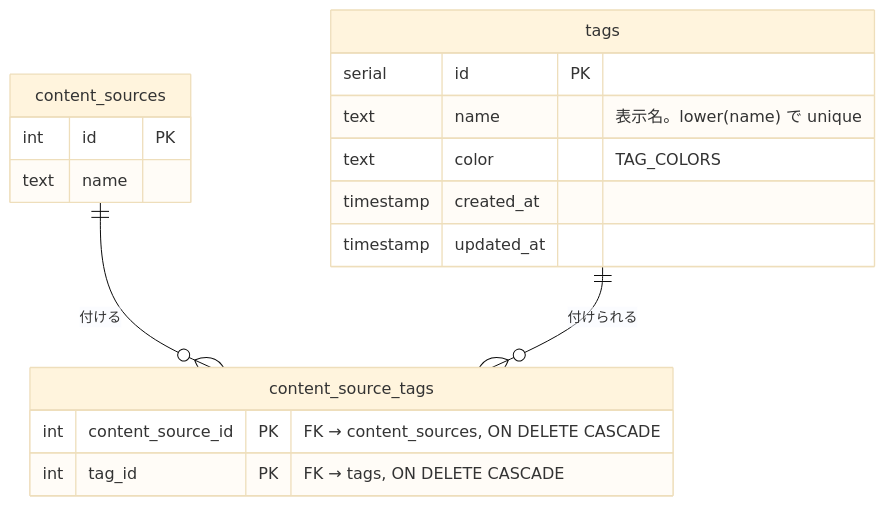
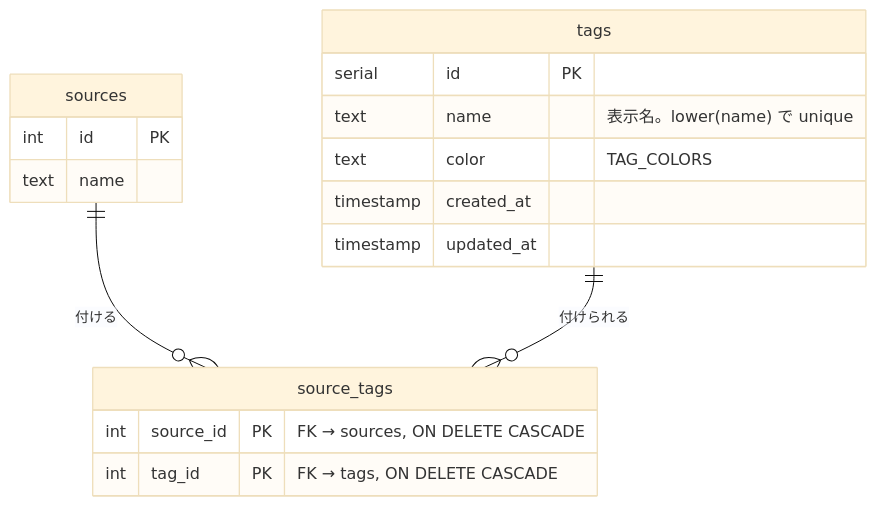
The first of 3 diagrams in docs/spec/source-tags/README.md (kentakki416/tech-english), drawn with Mermaid (base theme) before and after one commit. The commit also changed other lines of this file and 201 other files, not shown here.

Commit message:
refactor: ソースの名前を content-source から source にそろえる（テーブル・API の path・admin の URL・識別子・ファイル名）

````diff
--- a/docs/spec/source-tags/README.md
+++ b/docs/spec/source-tags/README.md
@@ -190,20 +190,20 @@
 ```mermaid
 erDiagram
-    content_sources ||--o{ content_source_tags : "付ける"
-    tags ||--o{ content_source_tags : "付けられる"
+    sources ||--o{ source_tags : "付ける"
+    tags ||--o{ source_tags : "付けられる"
     tags {
         serial id PK
         text name "表示名。lower(name) で unique"
         text color "TAG_COLORS"
         timestamp created_at
         timestamp updated_at
     }
-    content_source_tags {
-        int content_source_id PK "FK → content_sources, ON DELETE CASCADE"
+    source_tags {
+        int source_id PK "FK → sources, ON DELETE CASCADE"
         int tag_id PK "FK → tags, ON DELETE CASCADE"
     }
-    content_sources {
+    sources {
         int id PK
         text name
     }
 ```
````
